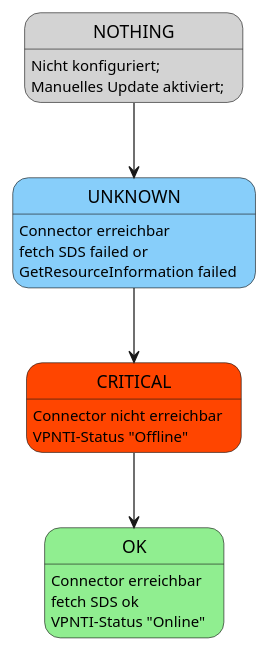
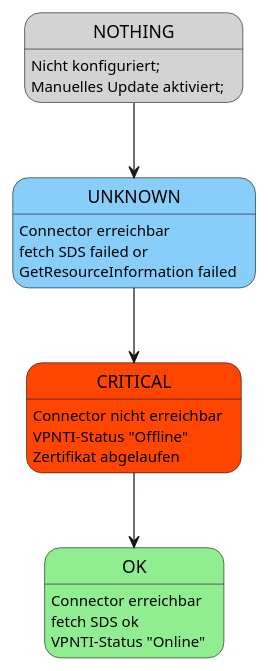
One commit to swobspace/cocard changed the diagram in docs/devnotes/_images/connector-condition.puml. Above: the diagram before and after it, drawn with PlantUML. The commit also changed 10 other files, not shown here.

```diff
--- a/docs/devnotes/_images/connector-condition.puml
+++ b/docs/devnotes/_images/connector-condition.puml
@@ -1,35 +1,36 @@
 @startuml
 
 state OK #lightgreen
 OK: Connector erreichbar
 OK: fetch SDS ok
 OK: VPNTI-Status "Online"
 
 'state WARNING #Yellow
 'WARNING: Connector erreichbar
 'WARNING: fetch SDS ok
 'WARNING: VPNTI-Status "Offline"
 
 state CRITICAL #orangered
 CRITICAL: Connector nicht erreichbar
 CRITICAL: VPNTI-Status "Offline"
+CRITICAL: Zertifikat abgelaufen
 
 'state WARNING #Yellow
 'WARNING: Zertifikat des Konnektors läuft bald ab
 'WARNING: Reboot angestoßen
 
 state UNKNOWN #LightSkyBlue
 UNKNOWN: Connector erreichbar
 UNKNOWN: fetch SDS failed or 
 UNKNOWN: GetResourceInformation failed
 
 state NOTHING #LightGrey
 NOTHING: Nicht konfiguriert;
 NOTHING: Manuelles Update aktiviert;
 
 NOTHING --> UNKNOWN
 UNKNOWN --> CRITICAL
 'CRITICAL --> WARNING
 'WARNING --> OK
 CRITICAL --> OK
 @enduml
```
